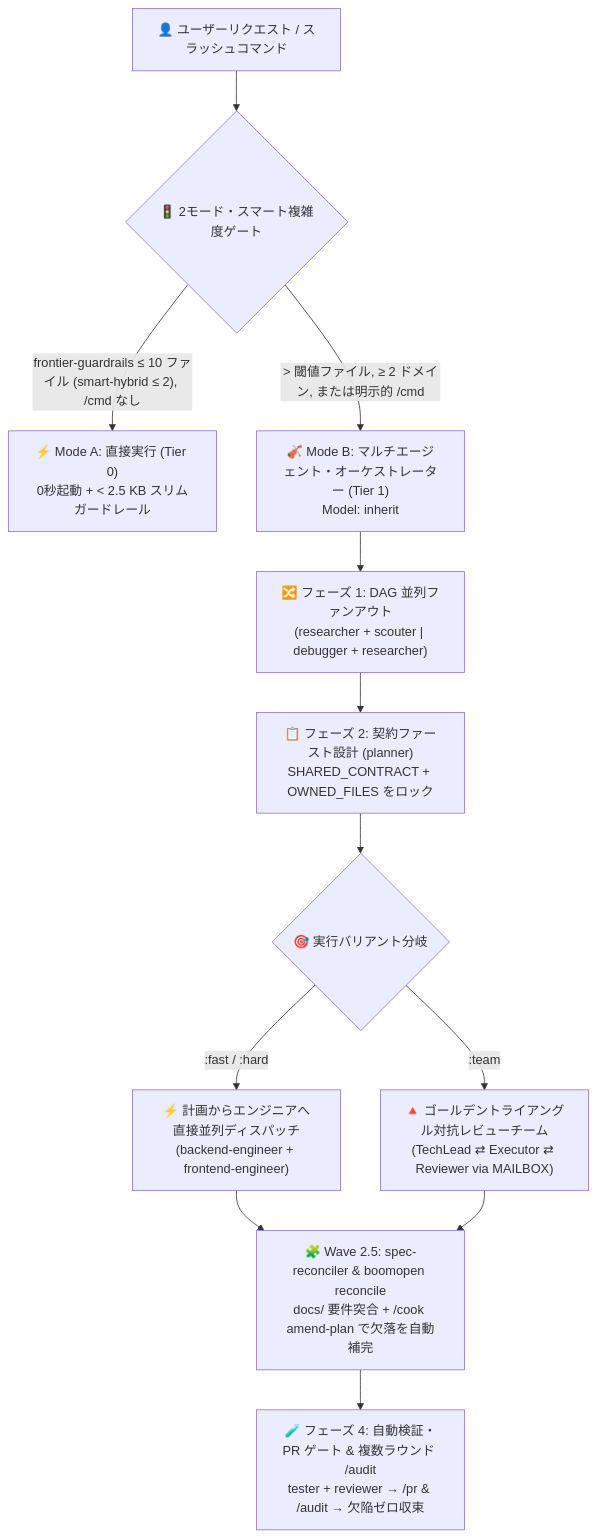
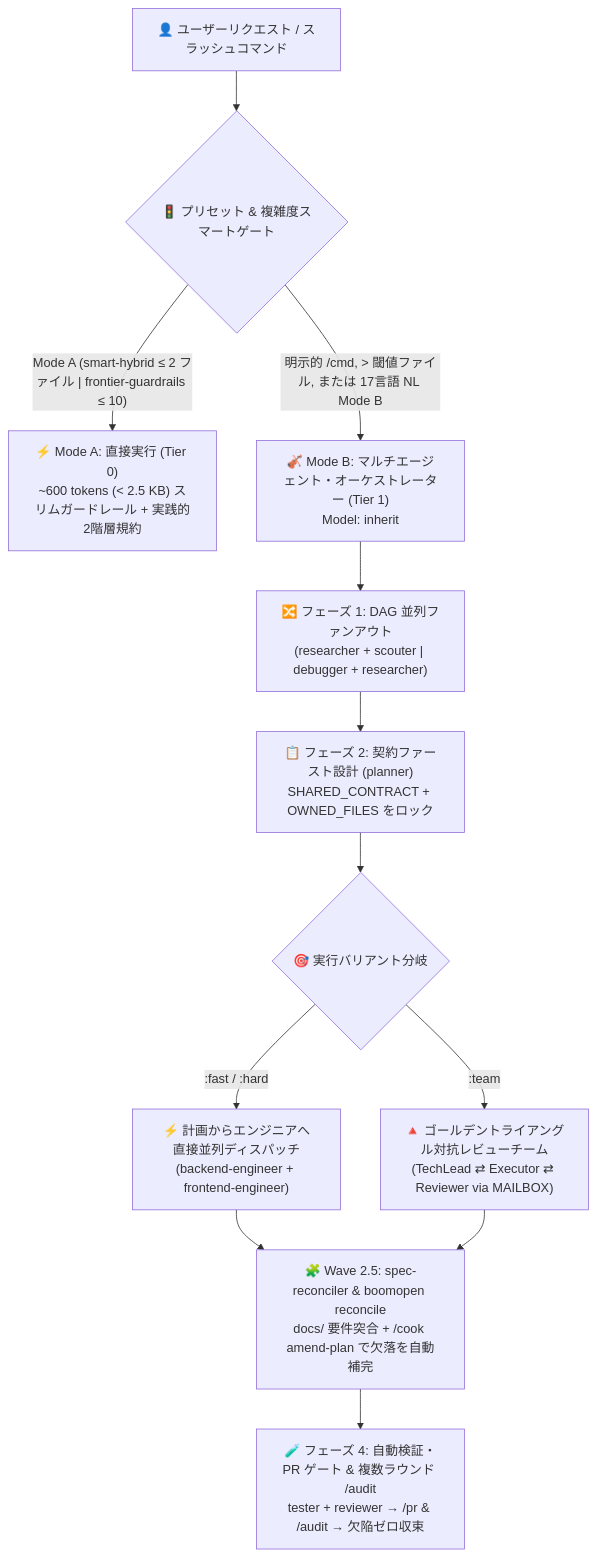
Before and after one commit to Kennyboom/BoomOpen-Workflow-Kit-Pro: the diagram in i18n/README.ja.md, drawn with Mermaid. The commit also changed other lines of this file and 16 other files, not shown here.

Commit message:
docs(i18n,changelog): align all 16 localized READMEs and CHANGELOG to smart-hybrid default

````diff
--- a/i18n/README.ja.md
+++ b/i18n/README.ja.md
@@ -57,17 +57,17 @@
 ```mermaid
 flowchart TD
-    User["👤 ユーザーリクエスト / スラッシュコマンド"] --> Gate{"🚦 2モード・スマート複雑度ゲート"}
-    Gate -->|"frontier-guardrails ≤ 10 ファイル (smart-hybrid ≤ 2), /cmd なし"| ModeA["⚡ Mode A: 直接実行 (Tier 0)<br/>0秒起動 + < 2.5 KB スリムガードレール"]
-    Gate -->|"> 閾値ファイル, ≥ 2 ドメイン, または明示的 /cmd"| ModeB["🎻 Mode B: マルチエージェント・オーケストレーター (Tier 1)<br/>Model: inherit"]
+    User["👤 ユーザーリクエスト / スラッシュコマンド"] --> Gate{"🚦 プリセット & 複雑度スマートゲート"}
+    Gate -->|"Mode A (smart-hybrid ≤ 2 ファイル | frontier-guardrails ≤ 10)"| ModeA["⚡ Mode A: 直接実行 (Tier 0)<br/>~600 tokens (< 2.5 KB) スリムガードレール + 実践的2階層規約"]
+    Gate -->|"明示的 /cmd, > 閾値ファイル, または 17言語 NL Mode B"| ModeB["🎻 Mode B: マルチエージェント・オーケストレーター (Tier 1)<br/>Model: inherit"]
 
     ModeB --> FanOut["🔀 フェーズ 1: DAG 並列ファンアウト<br/>(researcher + scouter | debugger + researcher)"]
     FanOut --> Plan["📋 フェーズ 2: 契約ファースト設計 (planner)<br/>SHARED_CONTRACT + OWNED_FILES をロック"]
     Plan --> Dispatch{"🎯 実行バリアント分岐"}
 
     Dispatch -->|":fast / :hard"| Direct["⚡ 計画からエンジニアへ直接並列ディスパッチ<br/>(backend-engineer + frontend-engineer)"]
     Dispatch -->|":team"| Triangle["🔺 ゴールデントライアングル対抗レビューチーム<br/>(TechLead ⇄ Executor ⇄ Reviewer via MAILBOX)"]
 
     Direct --> Reconcile["🧩 Wave 2.5: spec-reconciler & boomopen reconcile<br/>docs/ 要件突合 + /cook amend-plan で欠落を自動補完"]
     Triangle --> Reconcile
     Reconcile --> Verify["🧪 フェーズ 4: 自動検証・PR ゲート & 複数ラウンド /audit<br/>tester + reviewer → /pr & /audit → 欠陥ゼロ収束"]
 ```
````
